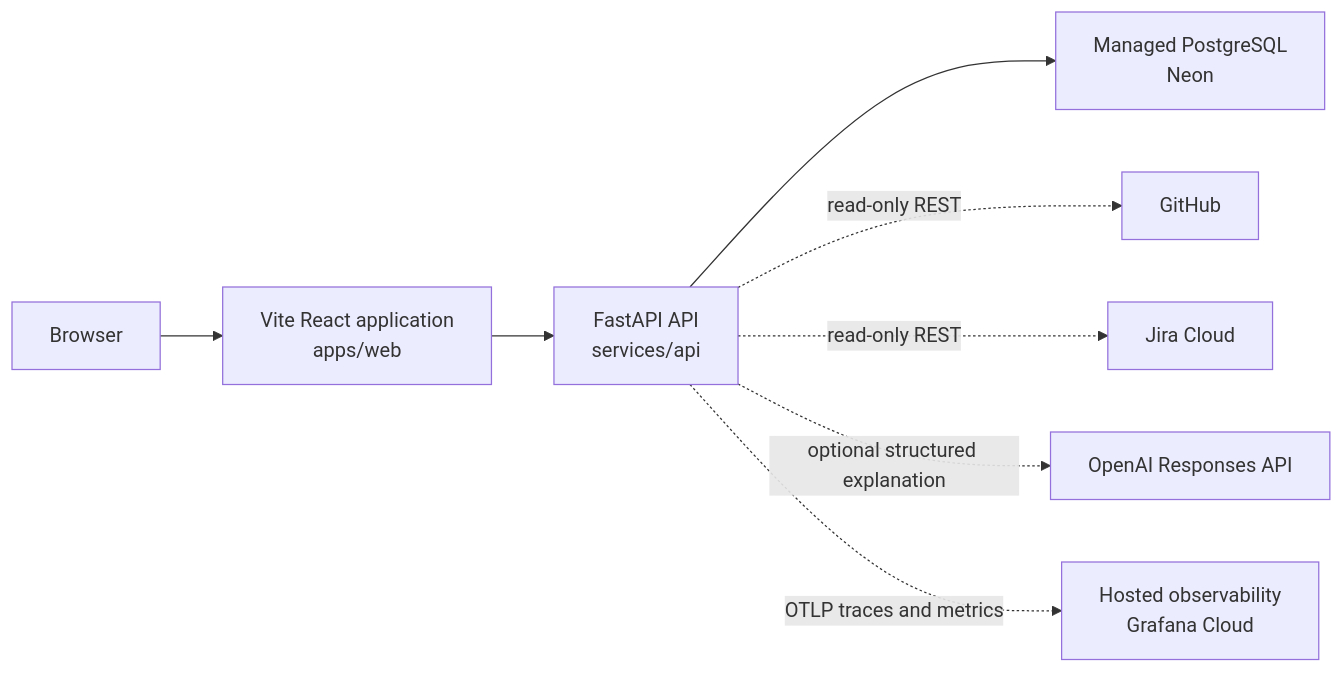
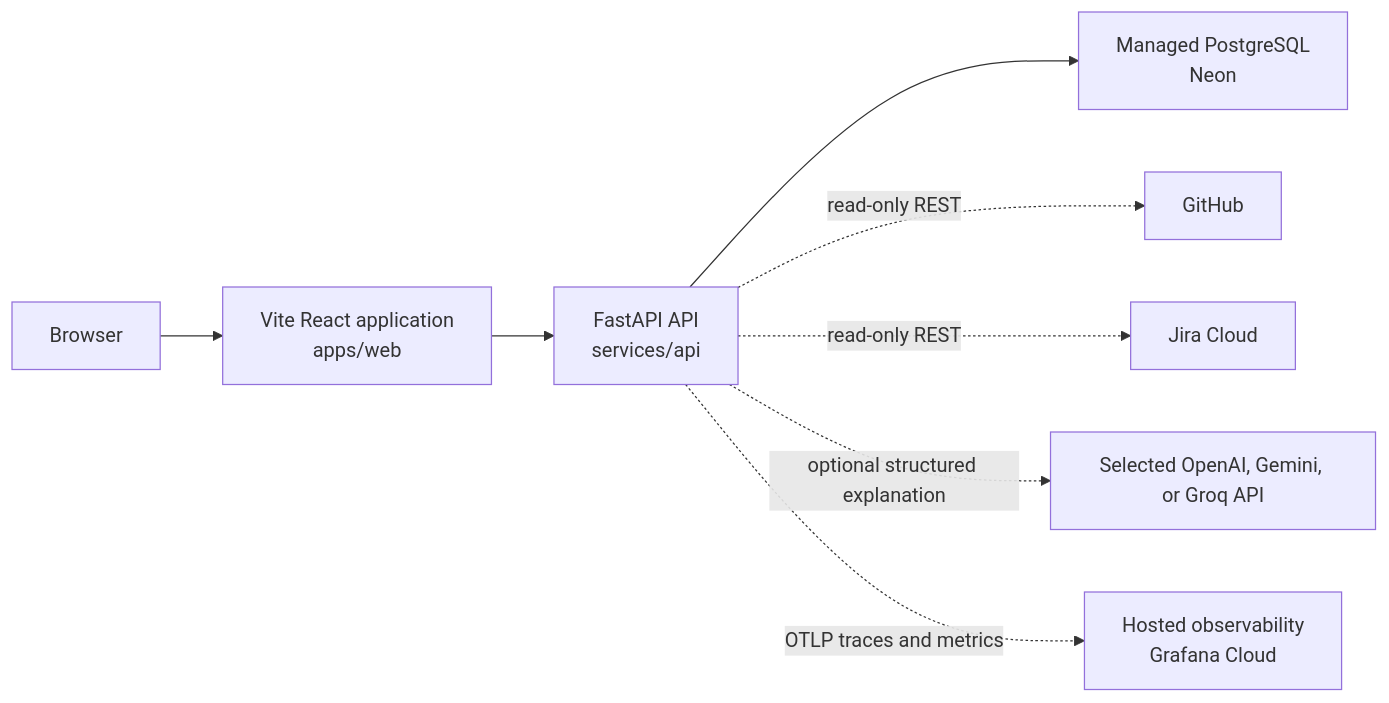
One commit to banalasaisathwik/promptql changed the diagram in docs/ARCHITECTURE.md. Above: the diagram before and after it, drawn with Mermaid. The commit also changed other lines of this file and 43 other files, not shown here.

Commit message:
feat(llm): add Groq explanation provider

````diff
--- a/docs/ARCHITECTURE.md
+++ b/docs/ARCHITECTURE.md
@@ -5,10 +5,10 @@
 ```mermaid
 flowchart LR
     Browser --> Web["Vite React application<br/>apps/web"]
     Web --> API["FastAPI API<br/>services/api"]
     API --> PostgreSQL["Managed PostgreSQL<br/>Neon"]
     API -. "read-only REST" .-> GitHub["GitHub"]
     API -. "read-only REST" .-> Jira["Jira Cloud"]
-    API -. "optional structured explanation" .-> OpenAI["OpenAI Responses API"]
+    API -. "optional structured explanation" .-> LLM["Selected OpenAI, Gemini, or Groq API"]
     API -. "OTLP traces and metrics" .-> Observability["Hosted observability<br/>Grafana Cloud"]
 ```
````
